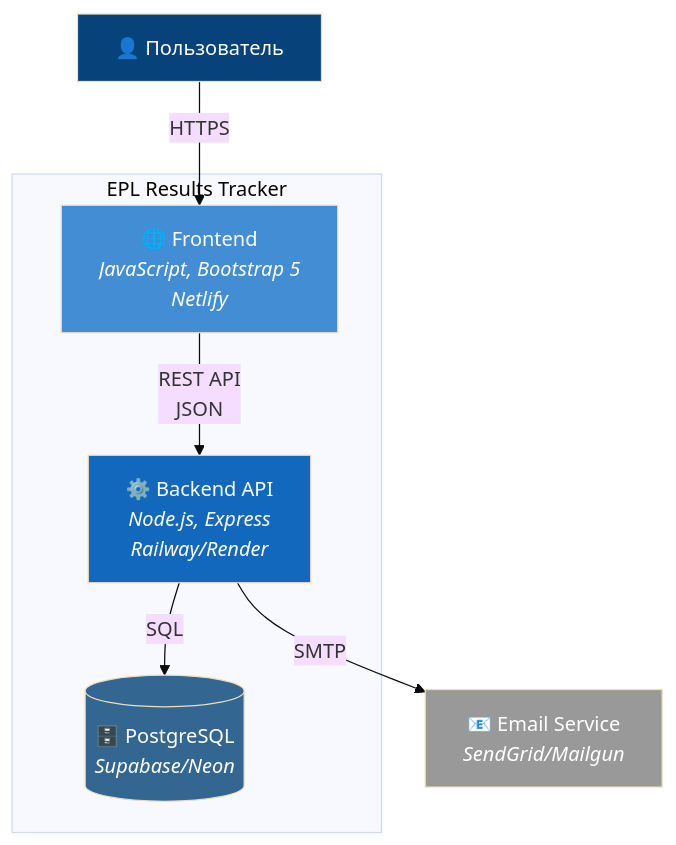
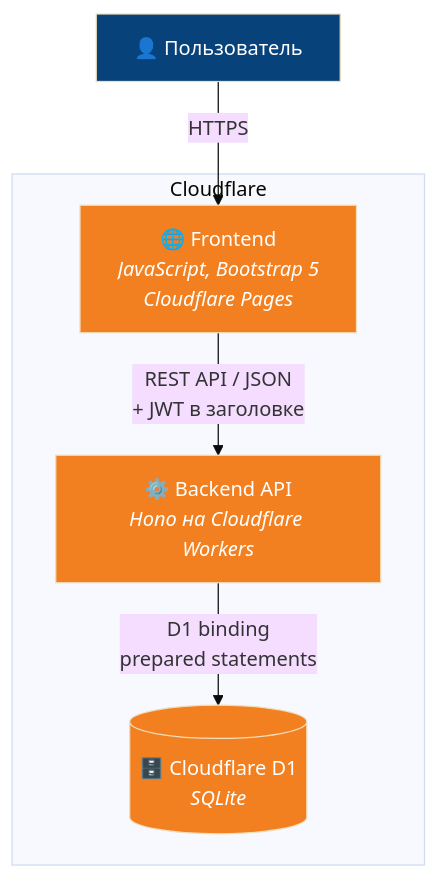
One commit to shishovam/My-Test-Repository changed the second of 3 diagrams in architecture/architecture-gitbook.md. Above: the diagram before and after it, drawn with Mermaid (base theme). The commit also changed other lines of this file, not shown here.

````diff
--- a/architecture/architecture-gitbook.md
+++ b/architecture/architecture-gitbook.md
@@ -27,23 +25,19 @@
 ```mermaid
 graph TB
     User["👤 Пользователь"]
-    
-    subgraph "EPL Results Tracker"
-        Frontend["🌐 Frontend<br/><i>JavaScript, Bootstrap 5<br/>Netlify</i>"]
-        Backend["⚙️ Backend API<br/><i>Node.js, Express<br/>Railway/Render</i>"]
-        Database[("🗄️ PostgreSQL<br/><i>Supabase/Neon</i>")]
+
+    subgraph "Cloudflare"
+        Frontend["🌐 Frontend<br/><i>JavaScript, Bootstrap 5<br/>Cloudflare Pages</i>"]
+        Backend["⚙️ Backend API<br/><i>Hono на Cloudflare Workers</i>"]
+        Database[("🗄️ Cloudflare D1<br/><i>SQLite</i>")]
     end
-    
-    Email["📧 Email Service<br/><i>SendGrid/Mailgun</i>"]
-    
+
     User -->|"HTTPS"| Frontend
-    Frontend -->|"REST API<br/>JSON"| Backend
-    Backend -->|"SQL"| Database
-    Backend -->|"SMTP"| Email
-    
+    Frontend -->|"REST API / JSON<br/>+ JWT в заголовке"| Backend
+    Backend -->|"D1 binding<br/>prepared statements"| Database
+
     style User fill:#08427b,color:#fff
-    style Frontend fill:#438DD5,color:#fff
-    style Backend fill:#1168bd,color:#fff
-    style Database fill:#336791,color:#fff
-    style Email fill:#999,color:#fff
+    style Frontend fill:#F38020,color:#fff
+    style Backend fill:#F38020,color:#fff
+    style Database fill:#F38020,color:#fff
 ```
````
